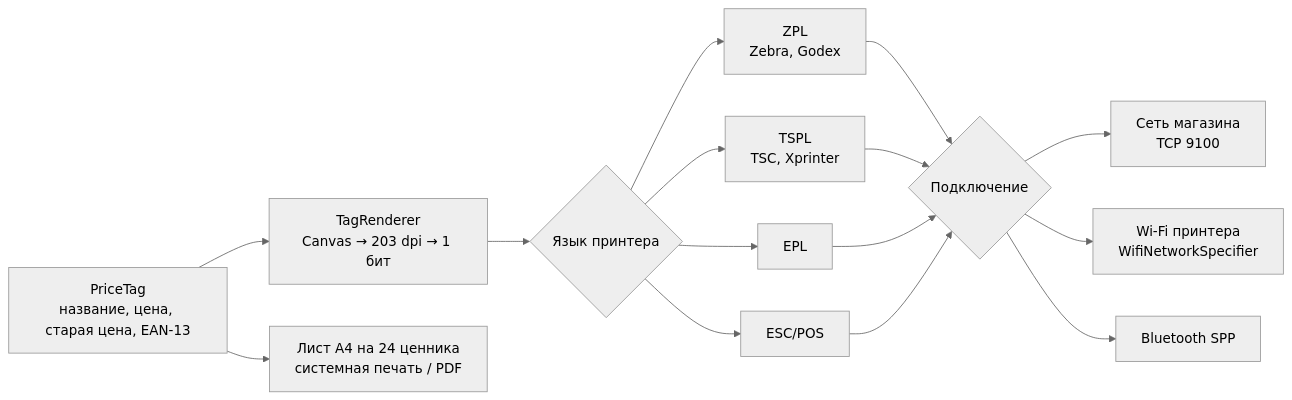
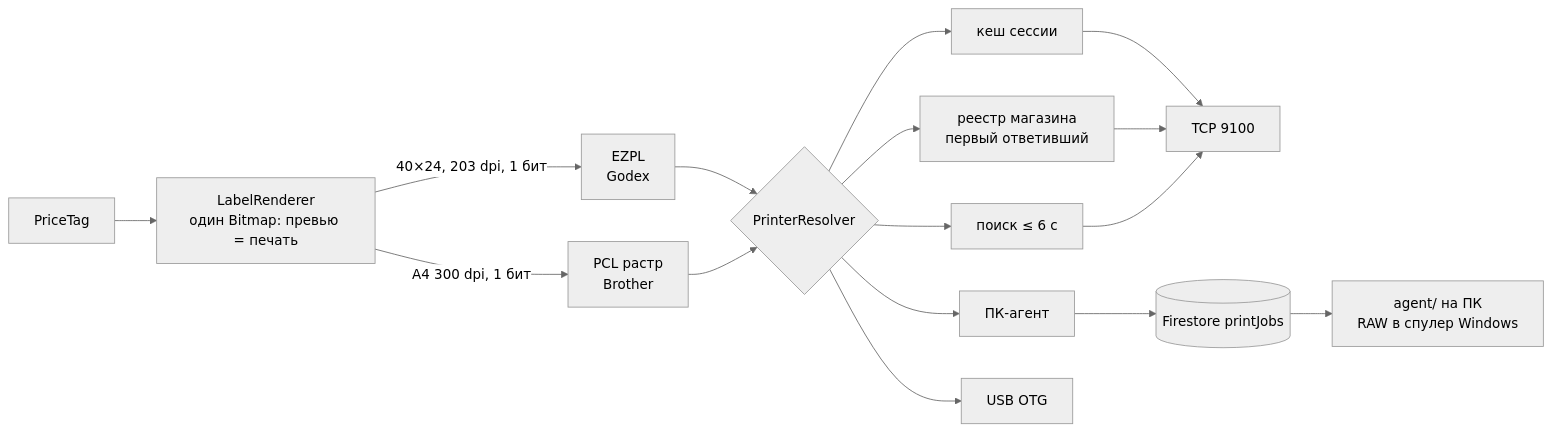
One commit to Nikifor3663636/chudoskan changed the seventh of 8 diagrams in ARCHITECTURE.md. Above: the diagram before and after it, drawn with Mermaid (neutral theme). The commit also changed other lines of this file and 69 other files, not shown here.

First line of the commit message:
Друк без налаштувань: реєстр принтерів магазину, Godex EZPL, Brother PCL, стиль Mine

````diff
--- a/ARCHITECTURE.md
+++ b/ARCHITECTURE.md
@@ -245,14 +247,11 @@
 ```mermaid
 flowchart LR
-    tag[PriceTag<br/>название, цена, старая цена, EAN-13] --> r[TagRenderer<br/>Canvas → 203 dpi → 1 бит]
-    r --> enc{Язык принтера}
-    enc --> zpl[ZPL<br/>Zebra, Godex]
-    enc --> tspl[TSPL<br/>TSC, Xprinter]
-    enc --> epl[EPL]
-    enc --> esc[ESC/POS]
-    zpl & tspl & epl & esc --> link{Подключение}
-    link --> tcp[Сеть магазина<br/>TCP 9100]
-    link --> wd[Wi-Fi принтера<br/>WifiNetworkSpecifier]
-    link --> bt[Bluetooth SPP]
-    tag --> a4[Лист A4 на 24 ценника<br/>системная печать / PDF]
+    tag[PriceTag] --> r[LabelRenderer<br/>один Bitmap: превью = печать]
+    r -->|40×24, 203 dpi, 1 бит| ezpl[EZPL<br/>Godex]
+    r -->|A4 300 dpi, 1 бит| pcl[PCL растр<br/>Brother]
+    ezpl & pcl --> pick{PrinterResolver}
+    pick --> c[кеш сессии] & reg[реестр магазина<br/>первый ответивший] & disc[поиск ≤ 6 с] & agent[ПК-агент]
+    c & reg & disc --> tcp[TCP 9100]
+    pick --> usb[USB OTG]
+    agent --> jobs[(Firestore printJobs)] --> pc[agent/ на ПК<br/>RAW в спулер Windows]
 ```
````
